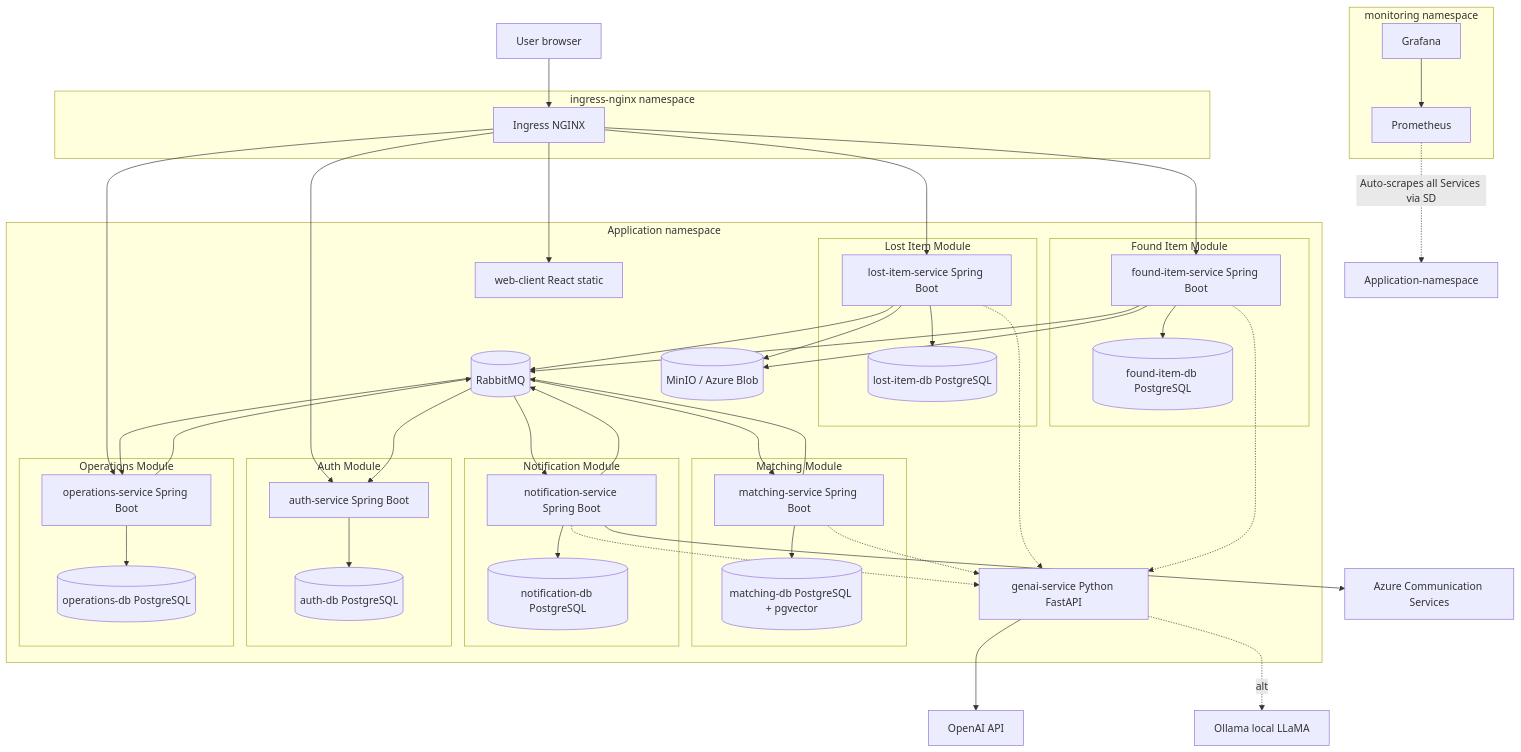
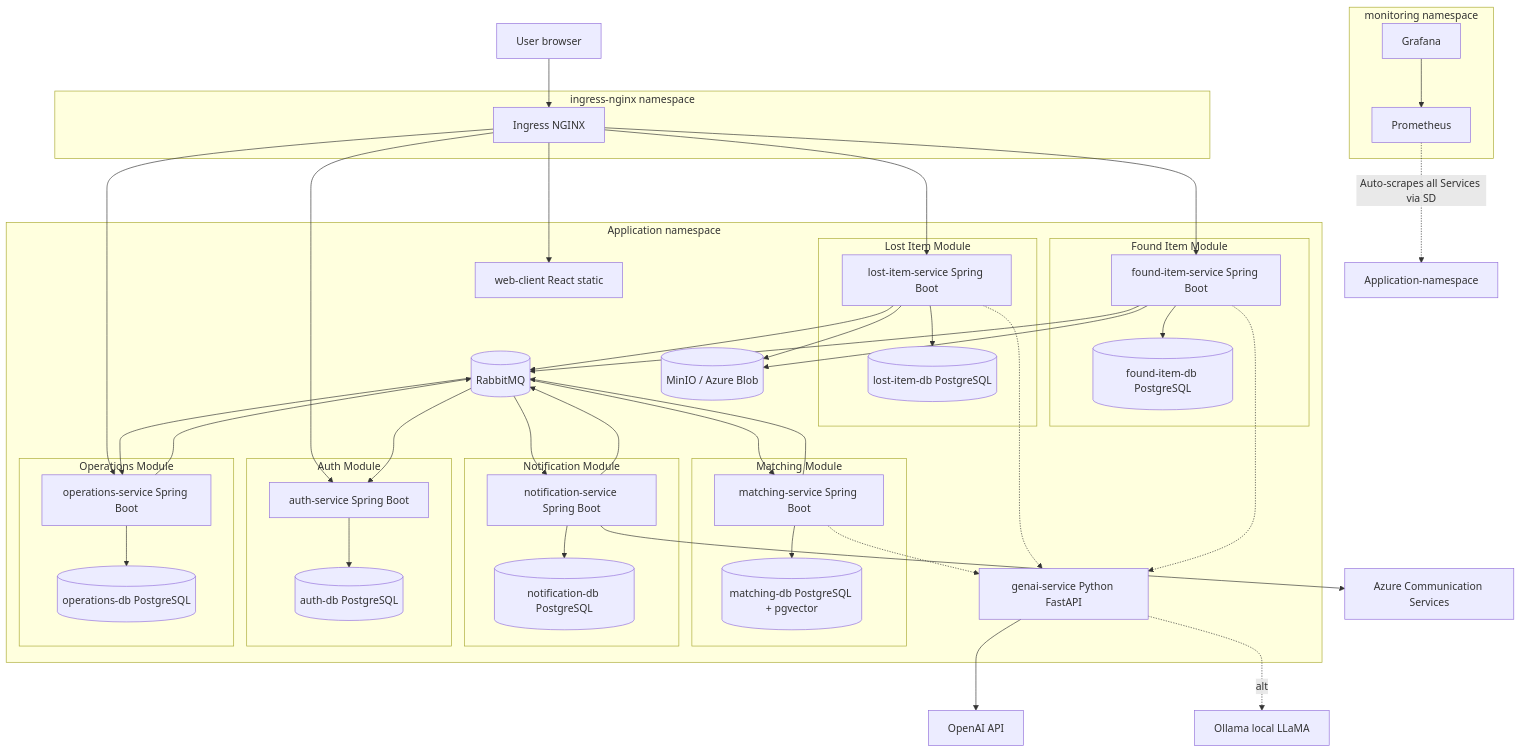
Before and after one commit to AET-DevOps26/team-chaos-monkeys: the diagram in docs/architecture.md, drawn with Mermaid. The commit also changed other lines of this file and 2 other files, not shown here.

Commit message:
docs: replace GenAI message-generation with match verification (#104)

```diff
--- a/docs/architecture.md
+++ b/docs/architecture.md
@@ -196,7 +196,6 @@
     Lost -.-> GenAI
     Found -.-> GenAI
     Match -.-> GenAI
-    Notif -.-> GenAI
     GenAI --> LLMCloud
     GenAI -.alt.-> LLMLocal
     Notif --> ACS
```
